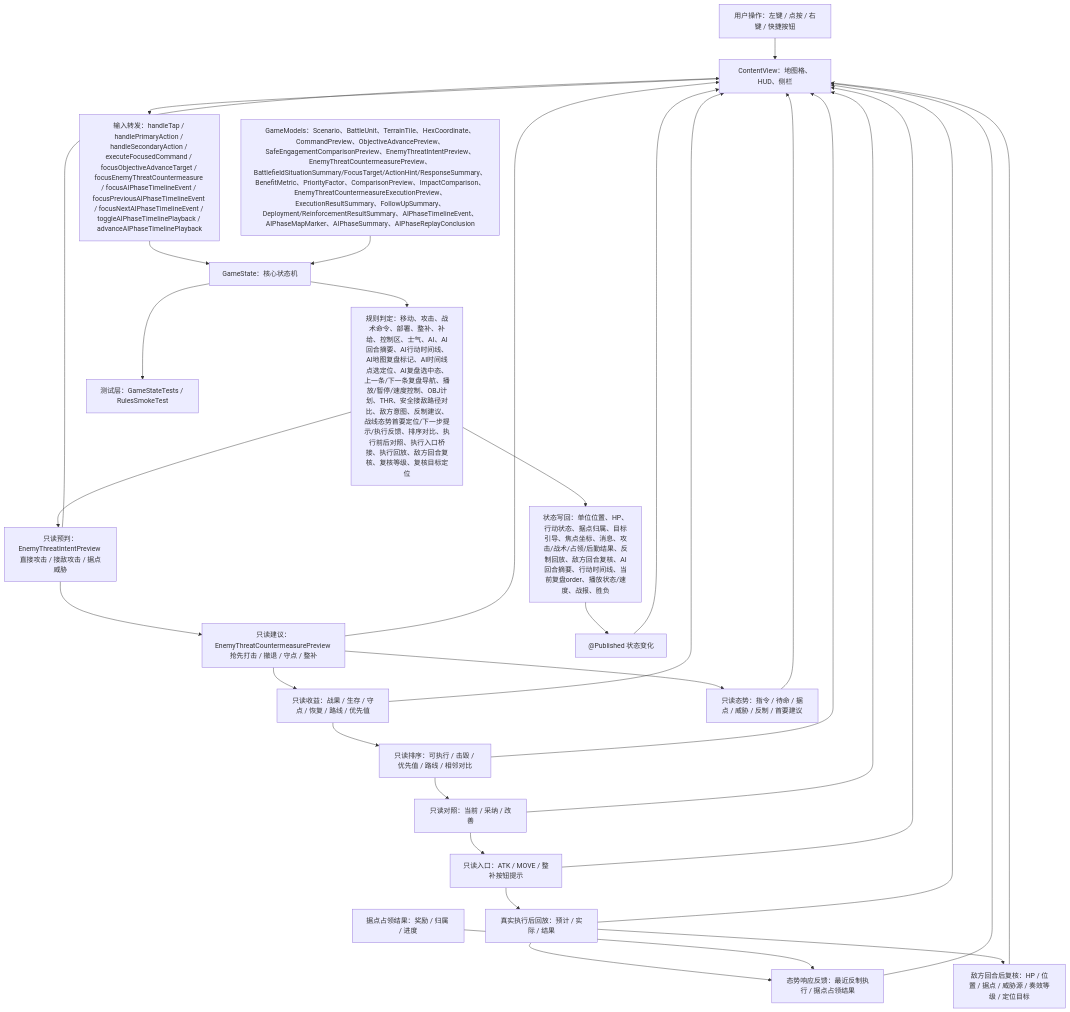
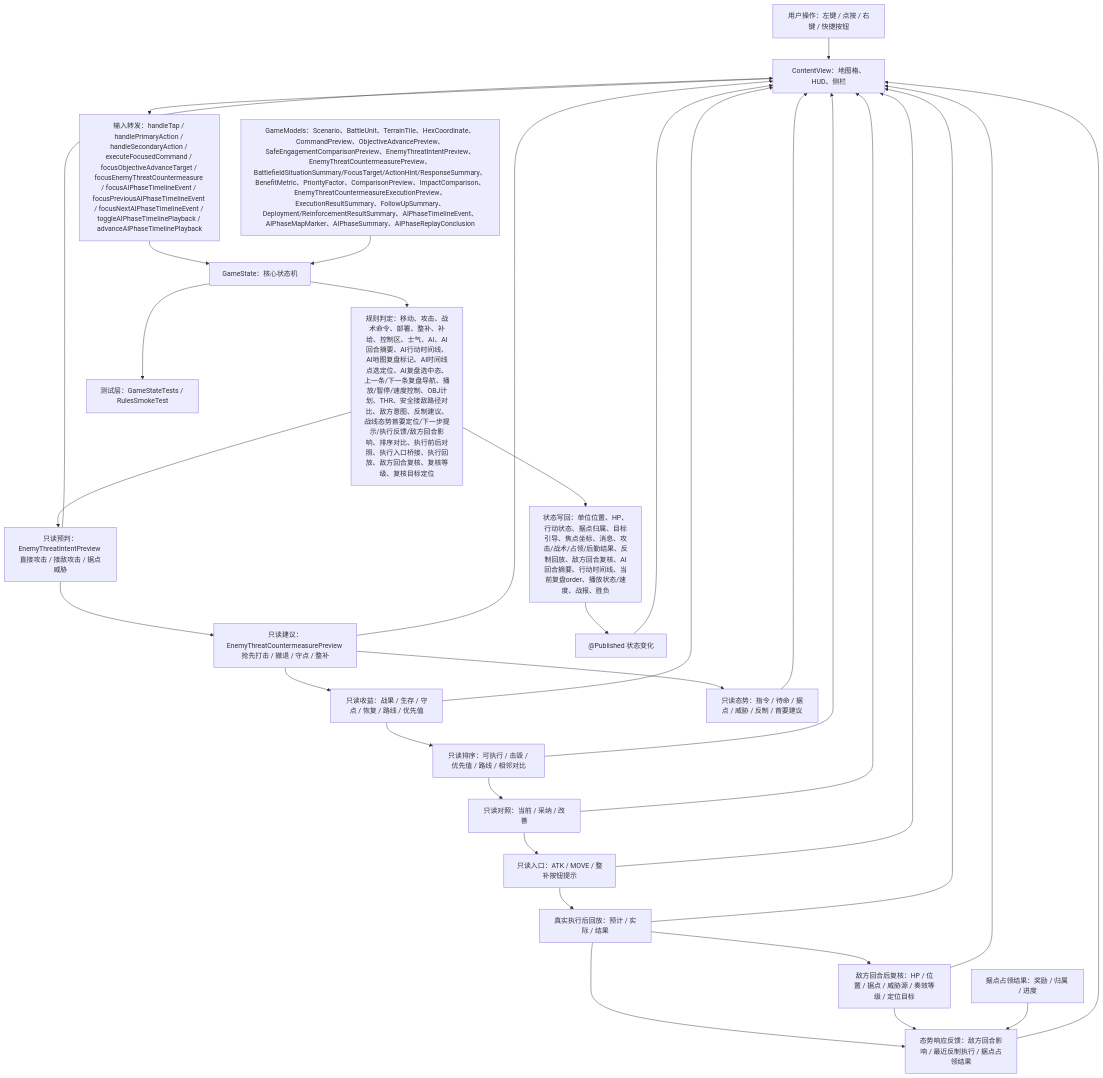
One commit to Altman-sam114/116 changed the first of 5 diagrams in md/flow/flowchart.md. Above: the diagram before and after it, drawn with Mermaid. The commit also changed other lines of this file and 11 other files, not shown here.

````diff
--- a/md/flow/flowchart.md
+++ b/md/flow/flowchart.md
@@ -9,33 +9,34 @@
 ```mermaid
 flowchart TD
   U["用户操作：左键 / 点按 / 右键 / 快捷按钮"] --> V["ContentView：地图格、HUD、侧栏"]
   V --> I["输入转发：handleTap / handlePrimaryAction / handleSecondaryAction / executeFocusedCommand / focusObjectiveAdvanceTarget / focusEnemyThreatCountermeasure / focusAIPhaseTimelineEvent / focusPreviousAIPhaseTimelineEvent / focusNextAIPhaseTimelineEvent / toggleAIPhaseTimelinePlayback / advanceAIPhaseTimelinePlayback"]
   I --> S["GameState：核心状态机"]
   M["GameModels：Scenario、BattleUnit、TerrainTile、HexCoordinate、CommandPreview、ObjectiveAdvancePreview、SafeEngagementComparisonPreview、EnemyThreatIntentPreview、EnemyThreatCountermeasurePreview、BattlefieldSituationSummary/FocusTarget/ActionHint/ResponseSummary、BenefitMetric、PriorityFactor、ComparisonPreview、ImpactComparison、EnemyThreatCountermeasureExecutionPreview、ExecutionResultSummary、FollowUpSummary、Deployment/ReinforcementResultSummary、AIPhaseTimelineEvent、AIPhaseMapMarker、AIPhaseSummary、AIPhaseReplayConclusion"] --> S
-  S --> R["规则判定：移动、攻击、战术命令、部署、整补、补给、控制区、士气、AI、AI回合摘要、AI行动时间线、AI地图复盘标记、AI时间线点选定位、AI复盘选中态、上一条/下一条复盘导航、播放/暂停/速度控制、OBJ计划、THR、安全接敌路径对比、敌方意图、反制建议、战线态势首要定位/下一步提示/执行反馈、排序对比、执行前后对照、执行入口桥接、执行回放、敌方回合复核、复核等级、复核目标定位"]
+  S --> R["规则判定：移动、攻击、战术命令、部署、整补、补给、控制区、士气、AI、AI回合摘要、AI行动时间线、AI地图复盘标记、AI时间线点选定位、AI复盘选中态、上一条/下一条复盘导航、播放/暂停/速度控制、OBJ计划、THR、安全接敌路径对比、敌方意图、反制建议、战线态势首要定位/下一步提示/执行反馈/敌方回合影响、排序对比、执行前后对照、执行入口桥接、执行回放、敌方回合复核、复核等级、复核目标定位"]
   R --> W["状态写回：单位位置、HP、行动状态、据点归属、目标引导、焦点坐标、消息、攻击/战术/占领/后勤结果、反制回放、敌方回合复核、AI回合摘要、行动时间线、当前复盘order、播放状态/速度、战报、胜负"]
   R --> EI["只读预判：EnemyThreatIntentPreview 直接攻击 / 接敌攻击 / 据点威胁"]
   EI --> EC["只读建议：EnemyThreatCountermeasurePreview 抢先打击 / 撤退 / 守点 / 整补"]
   EC --> BM["只读收益：战果 / 生存 / 守点 / 恢复 / 路线 / 优先值"]
   BM --> PC["只读排序：可执行 / 击毁 / 优先值 / 路线 / 相邻对比"]
   PC --> IP["只读对照：当前 / 采纳 / 改善"]
   IP --> EB["只读入口：ATK / MOVE / 整补按钮提示"]
   EC --> BS["只读态势：指令 / 待命 / 据点 / 威胁 / 反制 / 首要建议"]
   EB --> XR["真实执行后回放：预计 / 实际 / 结果"]
-  XR --> BR["态势响应反馈：最近反制执行 / 据点占领结果"]
+  XR --> BR["态势响应反馈：敌方回合影响 / 最近反制执行 / 据点占领结果"]
   XR --> FV["敌方回合后复核：HP / 位置 / 据点 / 威胁源 / 奏效等级 / 定位目标"]
+  FV --> BR
   CAP["据点占领结果：奖励 / 归属 / 进度"] --> BR
   W --> P["@Published 状态变化"]
   P --> V
   EI --> V
   EC --> V
   BS --> V
   BR --> V
   BM --> V
   PC --> V
   IP --> V
   EB --> V
   XR --> V
   FV --> V
   S --> T["测试层：GameStateTests / RulesSmokeTest"]
 ```
````
